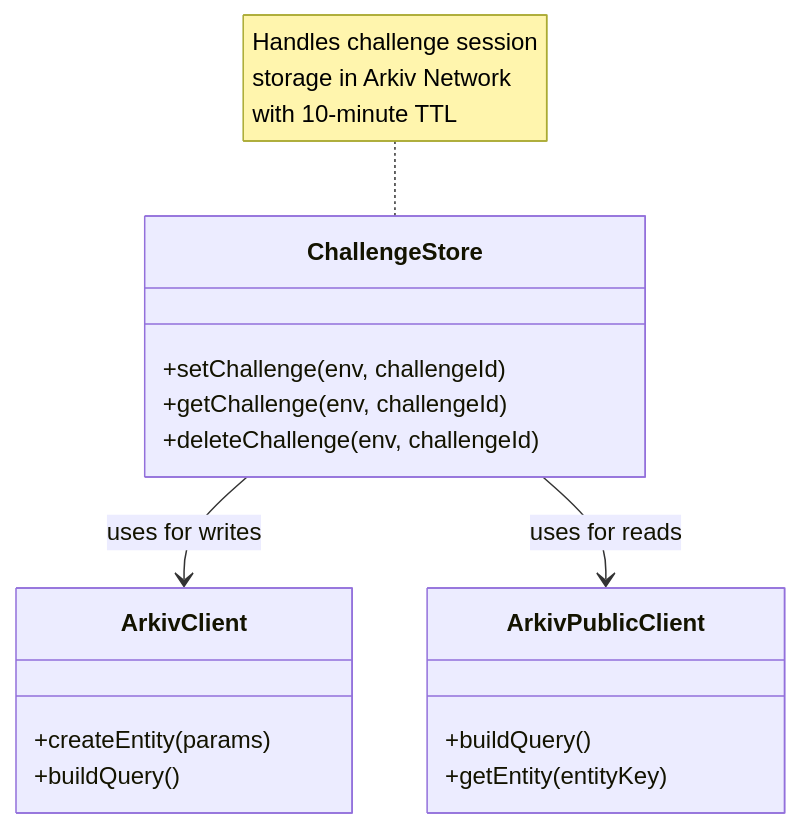
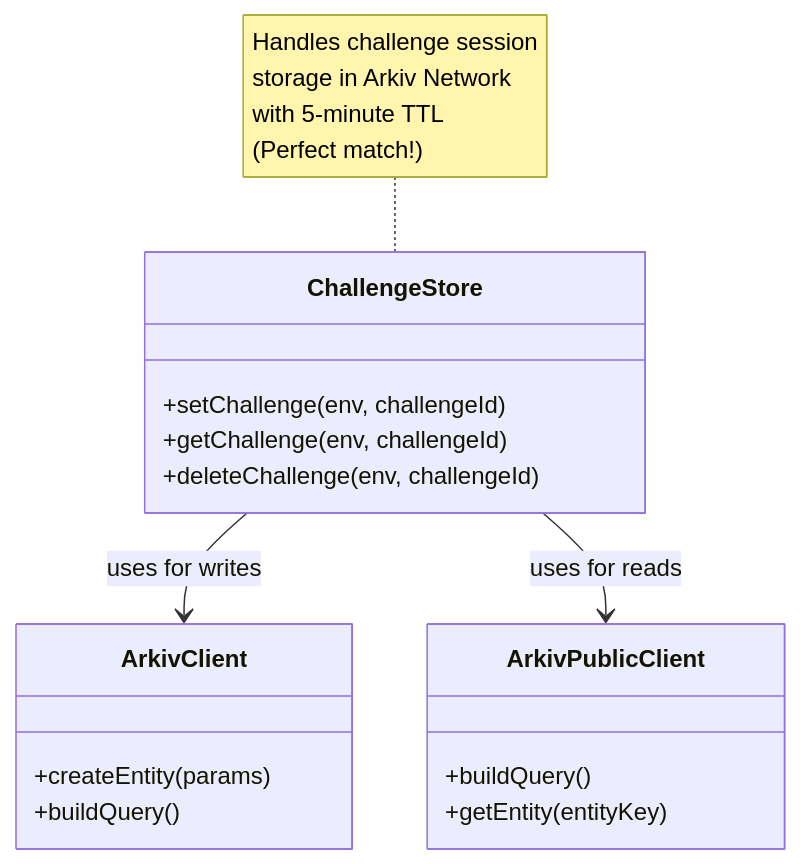
Before and after one commit to ideo-mind/auth.money: the sixth of 8 diagrams in ARCHITECTURE.md, drawn with Mermaid. The commit also changed other lines of this file and 2 other files, not shown here.

Commit message:
docs: update architecture and README for Arkiv Network integration, emphasizing perfect TTL efficiency and benefits of decentralized storage

````diff
--- a/ARCHITECTURE.md
+++ b/ARCHITECTURE.md
@@ -250,23 +265,23 @@
 ```mermaid
 classDiagram
     class ChallengeStore {
         +setChallenge(env, challengeId)
         +getChallenge(env, challengeId)
         +deleteChallenge(env, challengeId)
     }
 
     class ArkivClient {
         +createEntity(params)
         +buildQuery()
     }
 
     class ArkivPublicClient {
         +buildQuery()
         +getEntity(entityKey)
     }
 
     ChallengeStore --> ArkivClient : uses for writes
     ChallengeStore --> ArkivPublicClient : uses for reads
 
-    note for ChallengeStore "Handles challenge session<br/>storage in Arkiv Network<br/>with 10-minute TTL"
+    note for ChallengeStore "Handles challenge session<br/>storage in Arkiv Network<br/>with 5-minute TTL<br/>(Perfect match!)"
 ```
````
